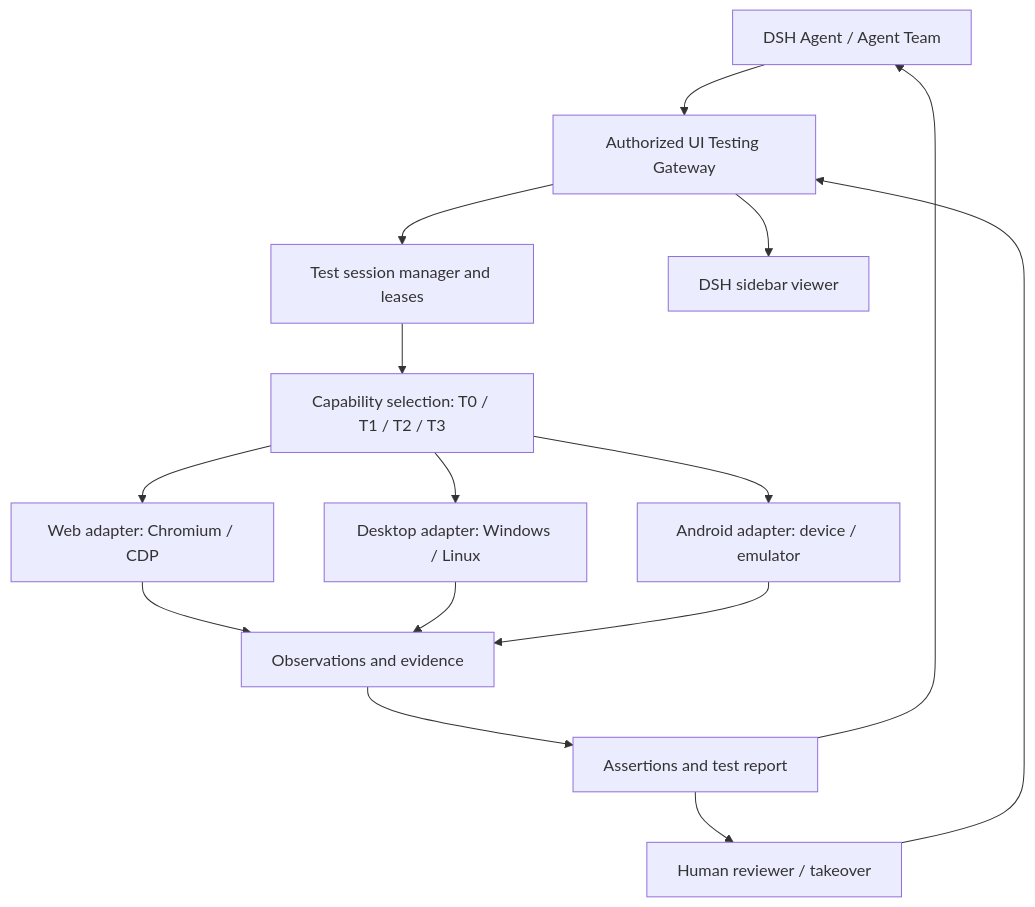
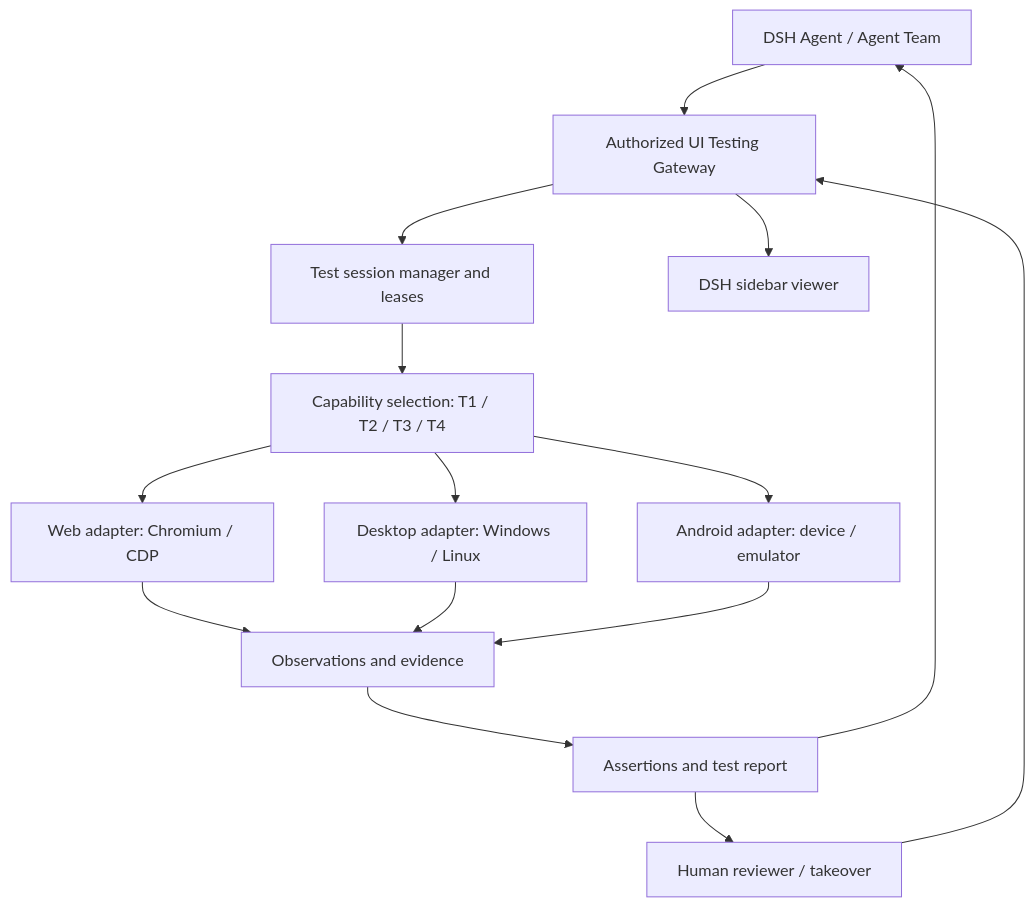
One commit to bloodarea/dsh-agent-team-ui-testing changed the diagram in README.md. Above: the diagram before and after it, drawn with Mermaid. The commit also changed other lines of this file and 21 other files, not shown here.

````diff
--- a/README.md
+++ b/README.md
@@ -115,17 +115,17 @@
 ```mermaid
 flowchart TD
     A[DSH Agent / Agent Team] --> G[Authorized UI Testing Gateway]
     H[Human reviewer / takeover] --> G
     G --> M[Test session manager and leases]
     G --> V[DSH sidebar viewer]
-    M --> P[Capability selection: T0 / T1 / T2 / T3]
+    M --> P[Capability selection: T1 / T2 / T3 / T4]
     P --> B[Web adapter: Chromium / CDP]
     P --> D[Desktop adapter: Windows / Linux]
     P --> R[Android adapter: device / emulator]
     B --> E[Observations and evidence]
     D --> E
     R --> E
     E --> X[Assertions and test report]
     X --> A
     X --> H
 ```
````
